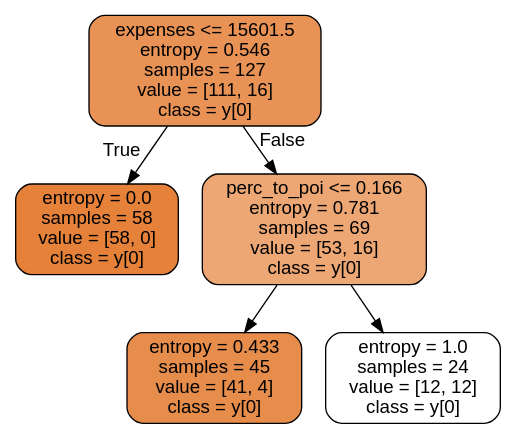
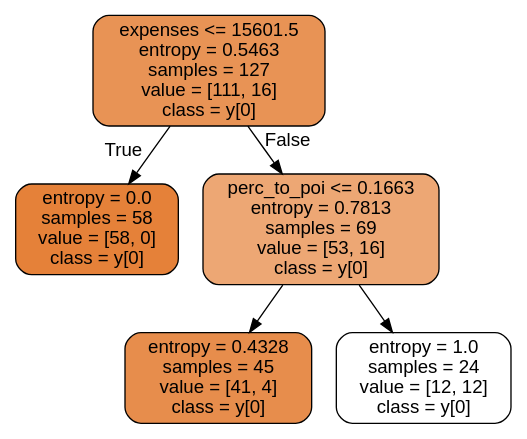
Before and after one commit to mamsdiallo/ud120-projects: the diagram in tree2.dot, drawn with Graphviz. The commit also changed 18 other files, not shown here.

```diff
--- a/tree2.dot
+++ b/tree2.dot
@@ -1,13 +1,13 @@
 digraph Tree {
 node [shape=box, style="filled, rounded", color="black", fontname=helvetica] ;
 edge [fontname=helvetica] ;
-0 [label="expenses <= 15601.5\nentropy = 0.546\nsamples = 127\nvalue = [111, 16]\nclass = y[0]", fillcolor="#e58139da"] ;
+0 [label="expenses <= 15601.5\nentropy = 0.5463\nsamples = 127\nvalue = [111, 16]\nclass = y[0]", fillcolor="#e58139da"] ;
 1 [label="entropy = 0.0\nsamples = 58\nvalue = [58, 0]\nclass = y[0]", fillcolor="#e58139ff"] ;
 0 -> 1 [labeldistance=2.5, labelangle=45, headlabel="True"] ;
-2 [label="perc_to_poi <= 0.166\nentropy = 0.781\nsamples = 69\nvalue = [53, 16]\nclass = y[0]", fillcolor="#e58139b2"] ;
+2 [label="perc_to_poi <= 0.1663\nentropy = 0.7813\nsamples = 69\nvalue = [53, 16]\nclass = y[0]", fillcolor="#e58139b2"] ;
 0 -> 2 [labeldistance=2.5, labelangle=-45, headlabel="False"] ;
-3 [label="entropy = 0.433\nsamples = 45\nvalue = [41, 4]\nclass = y[0]", fillcolor="#e58139e6"] ;
+3 [label="entropy = 0.4328\nsamples = 45\nvalue = [41, 4]\nclass = y[0]", fillcolor="#e58139e6"] ;
 2 -> 3 ;
 4 [label="entropy = 1.0\nsamples = 24\nvalue = [12, 12]\nclass = y[0]", fillcolor="#e5813900"] ;
 2 -> 4 ;
 }
```
